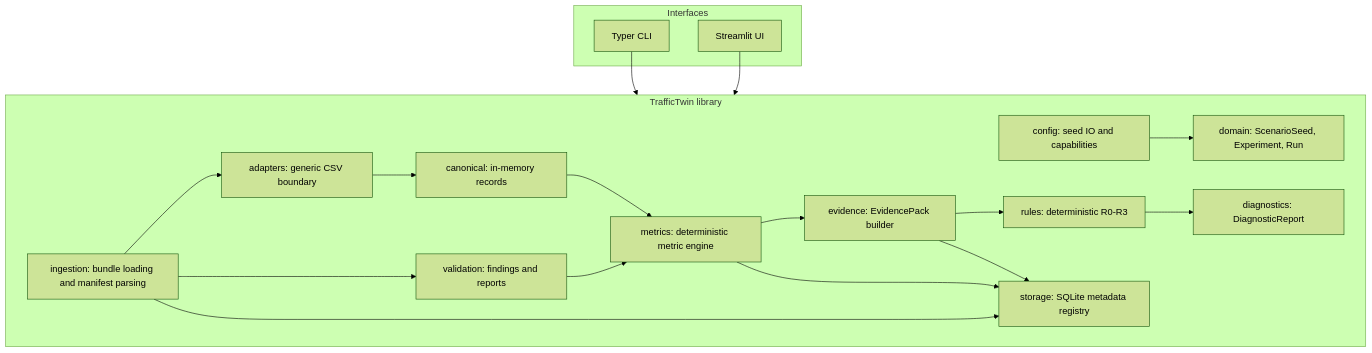
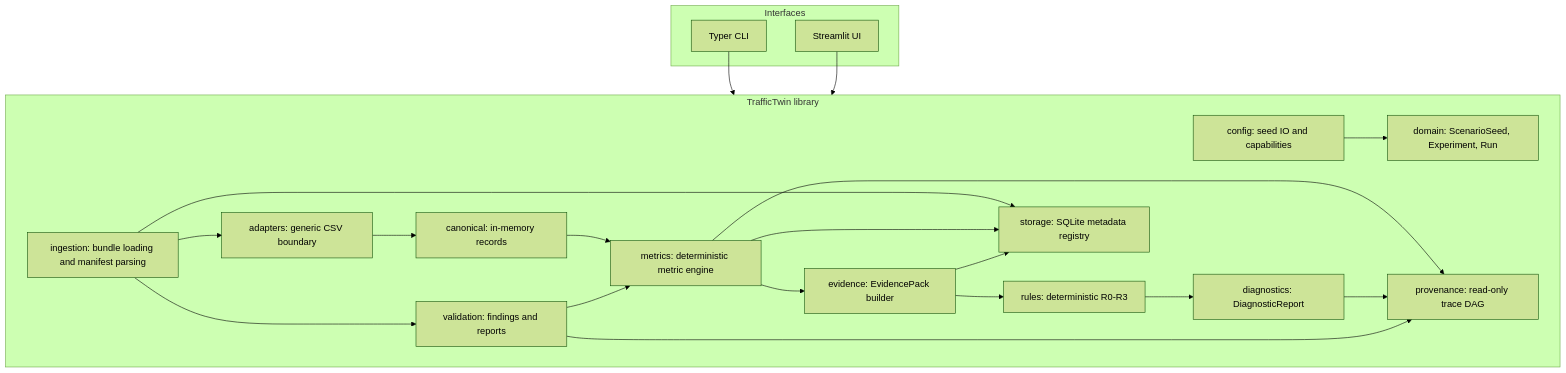
One commit to Abdulla4akash/traffictwin changed the first of 7 diagrams in docs/architecture.md. Above: the diagram before and after it, drawn with Mermaid (forest theme). The commit also changed other lines of this file and 64 other files, not shown here.

Commit message:
feat(provenance): add read-only provenance explorer

````diff
--- a/docs/architecture.md
+++ b/docs/architecture.md
@@ -17,36 +17,40 @@
 ```mermaid
 flowchart TD
     subgraph Interfaces
         CLI[Typer CLI]
         UI[Streamlit UI]
     end
 
     subgraph CoreLibrary[TrafficTwin library]
         Config[config: seed IO and capabilities]
         Domain[domain: ScenarioSeed, Experiment, Run]
         Ingestion[ingestion: bundle loading and manifest parsing]
         Adapters[adapters: generic CSV boundary]
         Canonical[canonical: in-memory records]
         Validation[validation: findings and reports]
         Metrics[metrics: deterministic metric engine]
         Evidence[evidence: EvidencePack builder]
         Rules[rules: deterministic R0-R3]
         Diagnostics[diagnostics: DiagnosticReport]
+        Provenance[provenance: read-only trace DAG]
         Storage[storage: SQLite metadata registry]
     end
 
     CLI --> CoreLibrary
     UI --> CoreLibrary
     Config --> Domain
     Ingestion --> Adapters
     Adapters --> Canonical
     Ingestion --> Validation
     Canonical --> Metrics
     Validation --> Metrics
     Metrics --> Evidence
     Evidence --> Rules
     Rules --> Diagnostics
+    Metrics --> Provenance
+    Diagnostics --> Provenance
+    Validation --> Provenance
     Ingestion --> Storage
     Metrics --> Storage
     Evidence --> Storage
 ```
````
